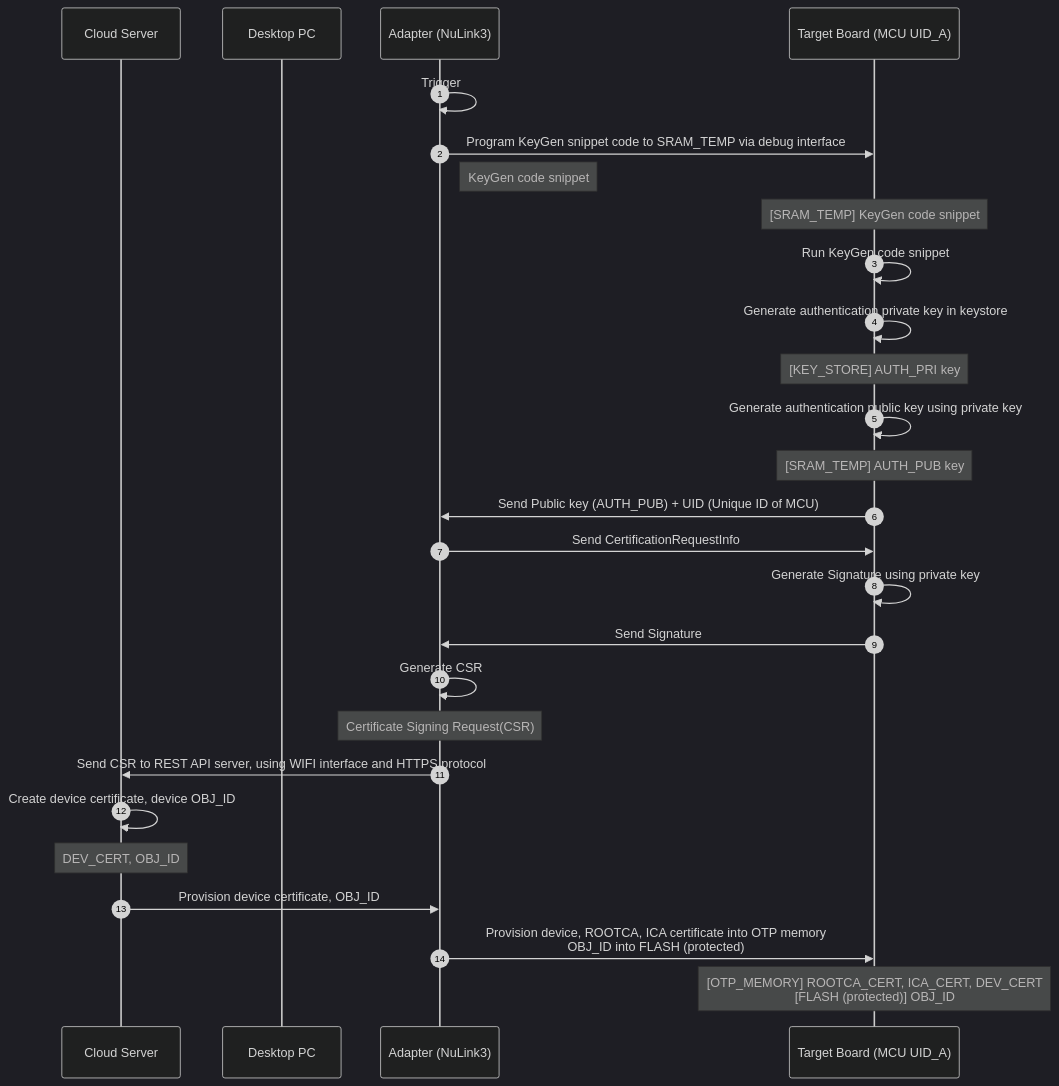
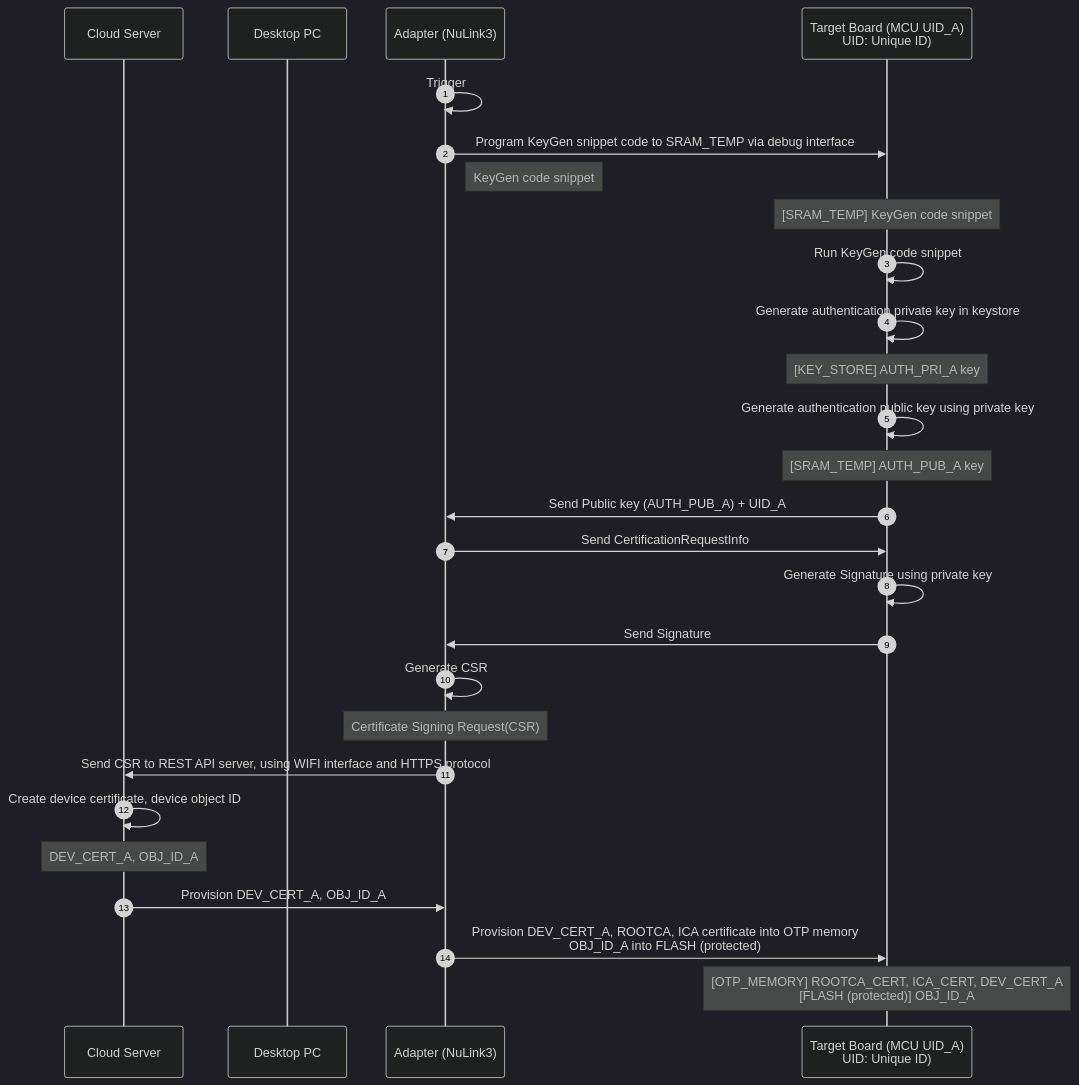
Before and after one commit to ccma1120/NuSEC_System: the diagram in 4. device_authentication_provision.md, drawn with Mermaid (dark theme).

Commit message:
Update 4. device_authentication_provision.md

````diff
--- a/4. device_authentication_provision.md
+++ b/4. device_authentication_provision.md
@@ -1,29 +1,29 @@
 ```mermaid
 sequenceDiagram
     autonumber
     participant c as Cloud Server
     participant d as Desktop PC
     participant a as Adapter (NuLink3)
-    participant t as Target Board (MCU UID_A)
+    participant t as Target Board (MCU UID_A)<br/> UID: Unique ID)
     a ->> a : Trigger
     a ->> t : Program KeyGen snippet code to SRAM_TEMP via debug interface 
     Note right of a: KeyGen code snippet 
     Note over t: [SRAM_TEMP] KeyGen code snippet 
     t ->> t : Run KeyGen code snippet 
     t ->> t : Generate authentication private key in keystore
-    Note over t: [KEY_STORE] AUTH_PRI key
+    Note over t: [KEY_STORE] AUTH_PRI_A key
     t ->> t : Generate authentication public key using private key 
-    Note over t: [SRAM_TEMP] AUTH_PUB key
-    t ->> a : Send Public key (AUTH_PUB) + UID (Unique ID of MCU)
+    Note over t: [SRAM_TEMP] AUTH_PUB_A key
+    t ->> a : Send Public key (AUTH_PUB_A) + UID_A 
     a ->> t : Send CertificationRequestInfo    
     t ->> t : Generate Signature using private key
     t ->> a : Send Signature
     a ->> a : Generate CSR
     Note over a: Certificate Signing Request(CSR)
     a ->> c : Send CSR to REST API server, using WIFI interface and HTTPS protocol
-    c ->> c : Create device certificate, device OBJ_ID
-    Note over c: DEV_CERT, OBJ_ID
-    c ->> a : Provision device certificate, OBJ_ID
-    a ->> t : Provision device, ROOTCA, ICA certificate into OTP memory <br/>OBJ_ID into FLASH (protected)
-    Note over t: [OTP_MEMORY] ROOTCA_CERT, ICA_CERT, DEV_CERT <br/>[FLASH (protected)] OBJ_ID
+    c ->> c : Create device certificate, device object ID
+    Note over c: DEV_CERT_A, OBJ_ID_A
+    c ->> a : Provision DEV_CERT_A, OBJ_ID_A
+    a ->> t : Provision DEV_CERT_A, ROOTCA, ICA certificate into OTP memory <br/>OBJ_ID_A into FLASH (protected)
+    Note over t: [OTP_MEMORY] ROOTCA_CERT, ICA_CERT, DEV_CERT_A <br/>[FLASH (protected)] OBJ_ID_A
 ```
````
